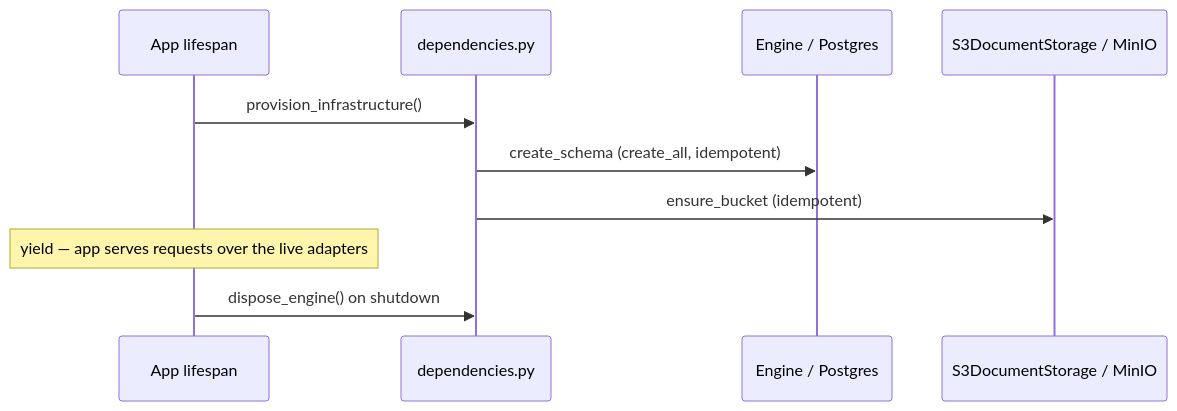
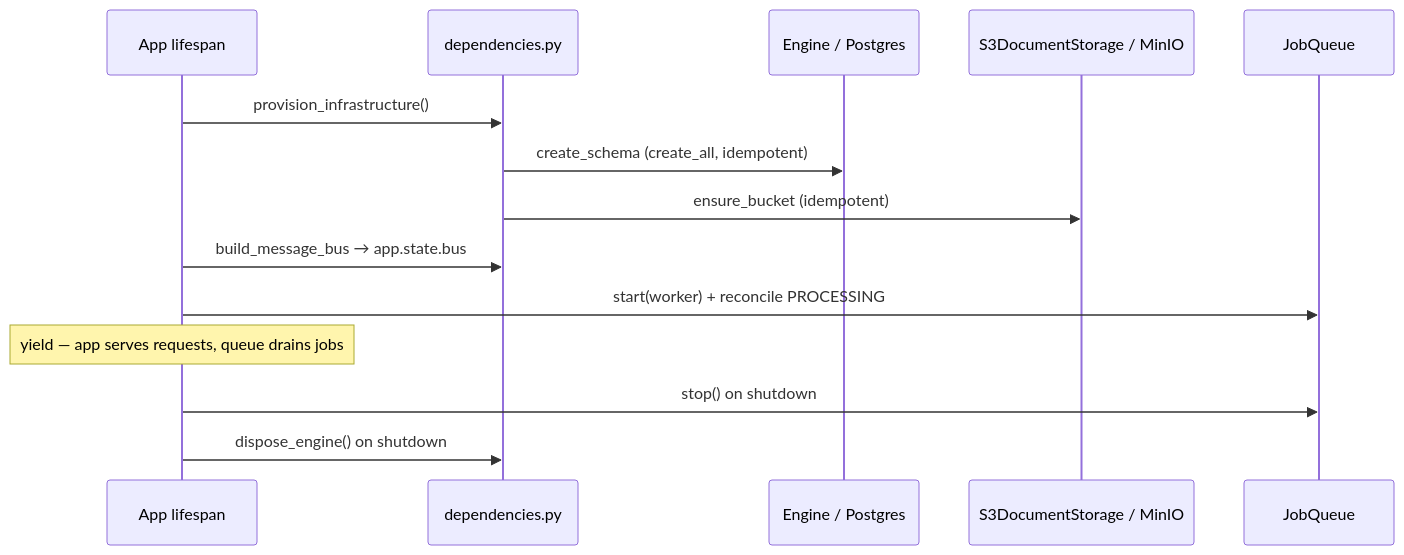
The eighth of 8 diagrams in docs/architecture.md (jacogro13/Cicero), drawn with Mermaid before and after one commit. The commit also changed other lines of this file, not shown here.

Commit message:
docs(architecture): the job queue as async transport; the bus built once in the lifespan

````diff
--- a/docs/architecture.md
+++ b/docs/architecture.md
@@ -287,12 +326,16 @@
 ```mermaid
 sequenceDiagram
     participant L as App lifespan
     participant D as dependencies.py
     participant E as Engine / Postgres
     participant S as S3DocumentStorage / MinIO
+    participant Q as JobQueue
     L->>D: provision_infrastructure()
     D->>E: create_schema (create_all, idempotent)
     D->>S: ensure_bucket (idempotent)
-    Note over L: yield — app serves requests over the live adapters
+    L->>D: build_message_bus → app.state.bus
+    L->>Q: start(worker) + reconcile PROCESSING
+    Note over L: yield — app serves requests, queue drains jobs
+    L->>Q: stop() on shutdown
     L->>D: dispose_engine() on shutdown
 ```
````
